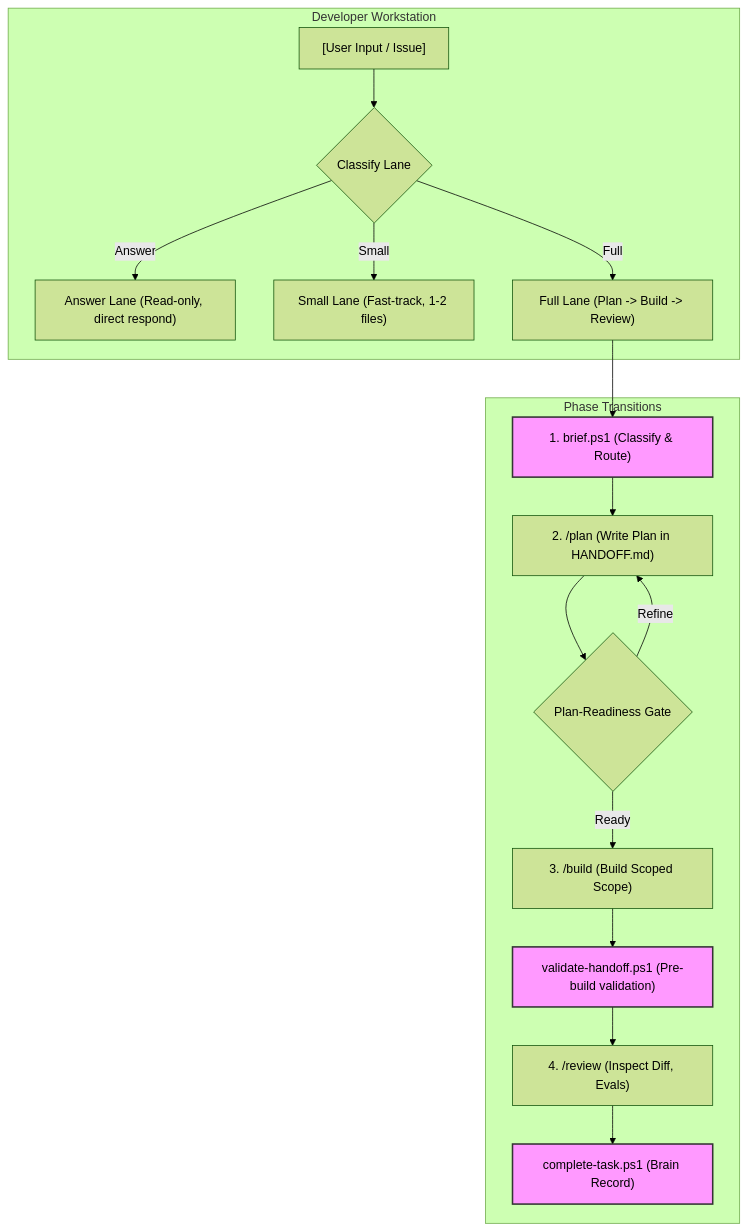
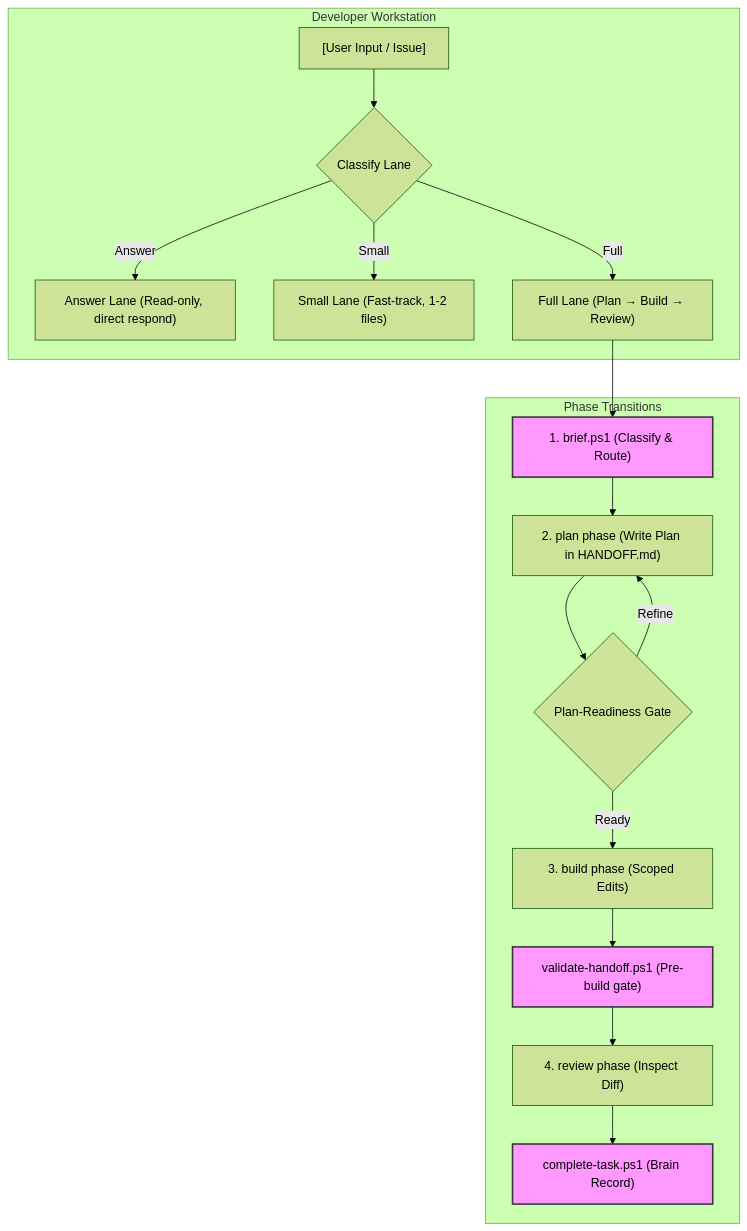
Before and after one commit to Taki7980/Ai-workflow: the first of 2 diagrams in README.md, drawn with Mermaid (forest theme). The commit also changed other lines of this file and 19 other files, not shown here.

````diff
--- a/README.md
+++ b/README.md
@@ -22,23 +43,23 @@
 ```mermaid
 graph TD
     subgraph Local Workspace [Developer Workstation]
         A["[User Input / Issue]"] --> B{Classify Lane}
         B -->|Answer| C["Answer Lane (Read-only, direct respond)"]
         B -->|Small| D["Small Lane (Fast-track, 1-2 files)"]
-        B -->|Full| E["Full Lane (Plan -> Build -> Review)"]
+        B -->|Full| E["Full Lane (Plan → Build → Review)"]
     end
 
     subgraph Full Lane Lifecycle [Phase Transitions]
         E --> F["1. brief.ps1 (Classify & Route)"]
-        F --> G["2. /plan (Write Plan in HANDOFF.md)"]
+        F --> G["2. plan phase (Write Plan in HANDOFF.md)"]
         G --> H{"Plan-Readiness Gate"}
         H -->|Refine| G
-        H -->|Ready| I["3. /build (Build Scoped Scope)"]
-        I --> J["validate-handoff.ps1 (Pre-build validation)"]
-        J --> K["4. /review (Inspect Diff, Evals)"]
+        H -->|Ready| I["3. build phase (Scoped Edits)"]
+        I --> J["validate-handoff.ps1 (Pre-build gate)"]
+        J --> K["4. review phase (Inspect Diff)"]
         K --> L["complete-task.ps1 (Brain Record)"]
     end
 
     classDef script fill:#f9f,stroke:#333,stroke-width:2px;
     class F,J,L script;
 ```
````
